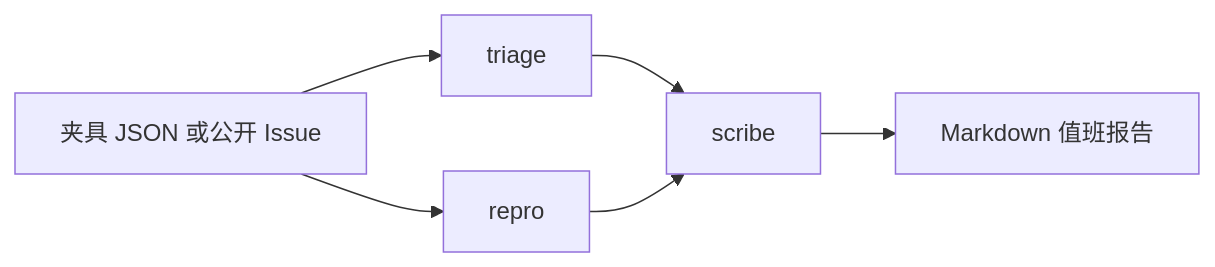
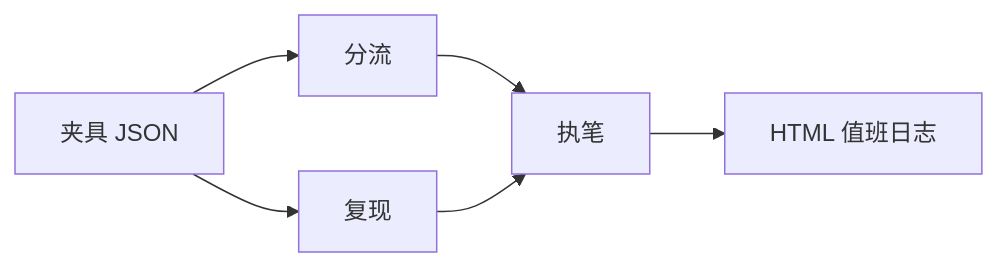
The diagram in projects/issueforge/README.md (SabreKeyZ/agent-xuetang), drawn with Mermaid before and after one commit. The commit also changed other lines of this file and 24 other files, not shown here.

````diff
--- a/projects/issueforge/README.md
+++ b/projects/issueforge/README.md
@@ -29,8 +55,8 @@
 ```mermaid
 flowchart LR
-  I[夹具 JSON 或公开 Issue] --> T[triage]
-  I --> R[repro]
-  T --> S[scribe]
+  I[夹具 JSON] --> T[分流]
+  I --> R[复现]
+  T --> S[执笔]
   R --> S
-  S --> M[Markdown 值班报告]
+  S --> H[HTML 值班日志]
 ```
````
